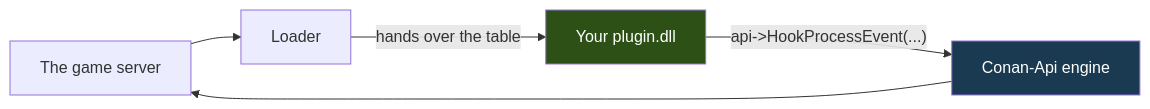
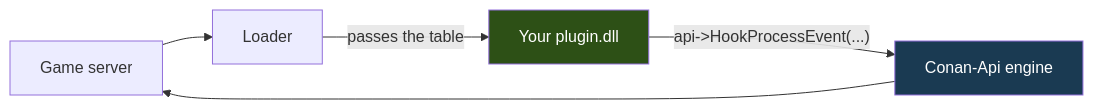
Before and after one commit to andrew-mauricio/Conan-Api-SDK: the diagram in Docs/README.en.md, drawn with Mermaid. The commit also changed other lines of this file, not shown here.

First line of the commit message:
README: o que e obrigatorio numa pasta de plugin, dito com todas as letras

````diff
--- a/Docs/README.en.md
+++ b/Docs/README.en.md
@@ -61,9 +60,9 @@
 ```mermaid
 flowchart LR
-    A[The game server] --> B[Loader]
-    B -- "hands over the table" --> C[Your plugin.dll]
+    A[Game server] --> B[Loader]
+    B -- "passes the table" --> C[Your plugin.dll]
     C -- "api-&gt;HookProcessEvent(...)" --> D[Conan-Api engine]
     D --> A
     style C fill:#2d5016,color:#fff
     style D fill:#1a3a52,color:#fff
 ```
````
